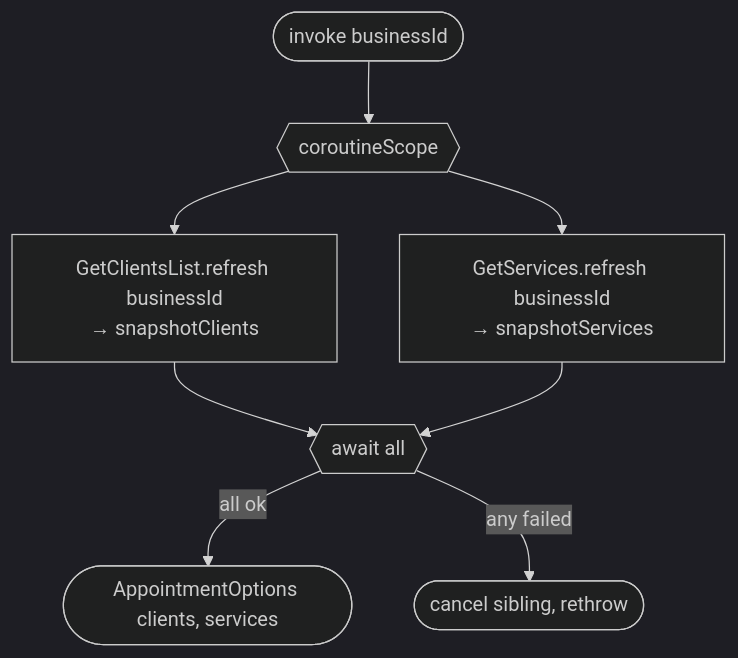
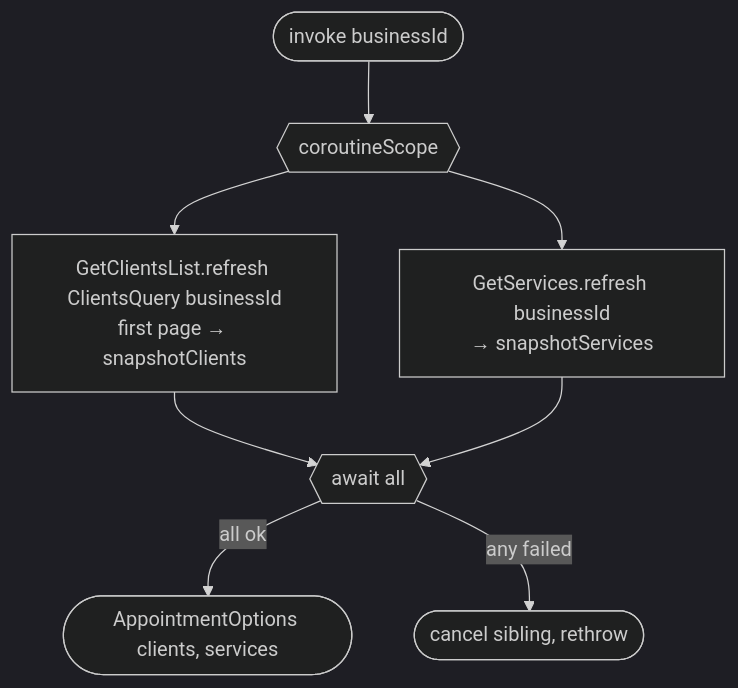
The diagram in docs/operations/appointments/get-appointment-options.md (nocturneproperties/bookkme-client), drawn with Mermaid (dark theme) before and after one commit. The commit also changed 46 other files, not shown here.

````diff
--- a/docs/operations/appointments/get-appointment-options.md
+++ b/docs/operations/appointments/get-appointment-options.md
@@ -14,10 +14,10 @@
 ```mermaid
 flowchart TD
     Start([invoke businessId]) --> Fork{{coroutineScope}}
-    Fork --> C[GetClientsList.refresh businessId<br/>→ snapshotClients]
+    Fork --> C[GetClientsList.refresh ClientsQuery businessId<br/>first page → snapshotClients]
     Fork --> S[GetServices.refresh businessId<br/>→ snapshotServices]
     C --> Join{{await all}}
     S --> Join
     Join -- all ok --> R([AppointmentOptions clients, services])
     Join -- any failed --> EX([cancel sibling, rethrow])
 ```
````
